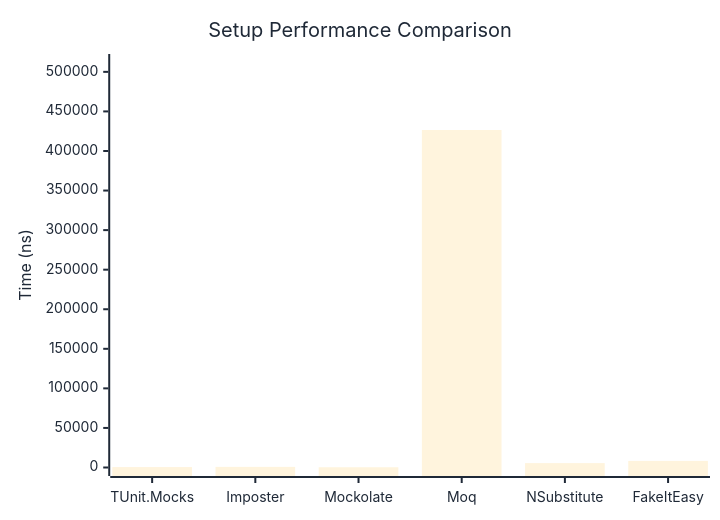
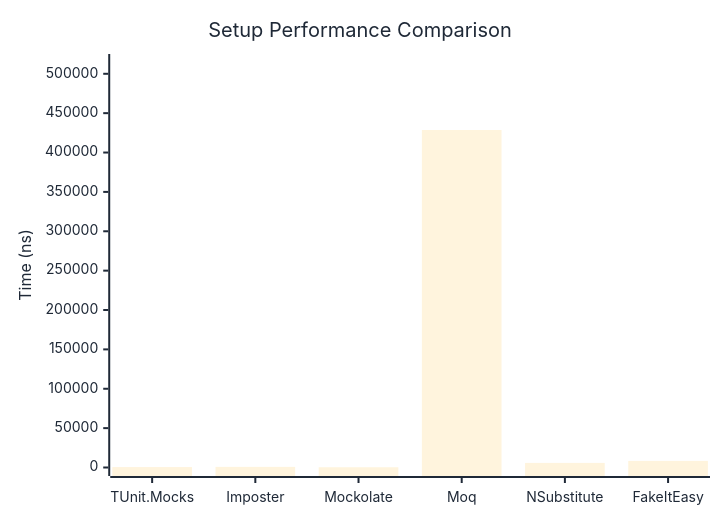
The first of 2 diagrams in docs/docs/benchmarks/mocks/Setup.md (thomhurst/TUnit), drawn with Mermaid before and after one commit. The commit also changed other lines of this file and 14 other files, not shown here.

````diff
--- a/docs/docs/benchmarks/mocks/Setup.md
+++ b/docs/docs/benchmarks/mocks/Setup.md
@@ -30,27 +30,27 @@
 ```mermaid
 %%{init: {
   'theme':'base',
   'themeVariables': {
     'primaryColor': '#2563eb',
     'primaryTextColor': '#1f2937',
     'primaryBorderColor': '#1e40af',
     'lineColor': '#6b7280',
     'secondaryColor': '#7c3aed',
     'tertiaryColor': '#dc2626',
     'background': '#ffffff',
     'pie1': '#2563eb',
     'pie2': '#7c3aed',
     'pie3': '#dc2626',
     'pie4': '#f59e0b',
     'pie5': '#10b981',
     'pie6': '#06b6d4',
     'pie7': '#ec4899',
     'pie8': '#6366f1'
   }
 }}%%
 xychart-beta
   title "Setup Performance Comparison"
   x-axis ["TUnit.Mocks", "Imposter", "Mockolate", "Moq", "NSubstitute", "FakeItEasy"]
-  y-axis "Time (ns)" 0 --> 511822
-  bar [527.8, 804.3, 308.4, 426517.8, 5571.5, 8341.9]
+  y-axis "Time (ns)" 0 --> 514337
+  bar [551.8, 780.8, 314.7, 428613.5, 5821.3, 8395.8]
 ```
````
